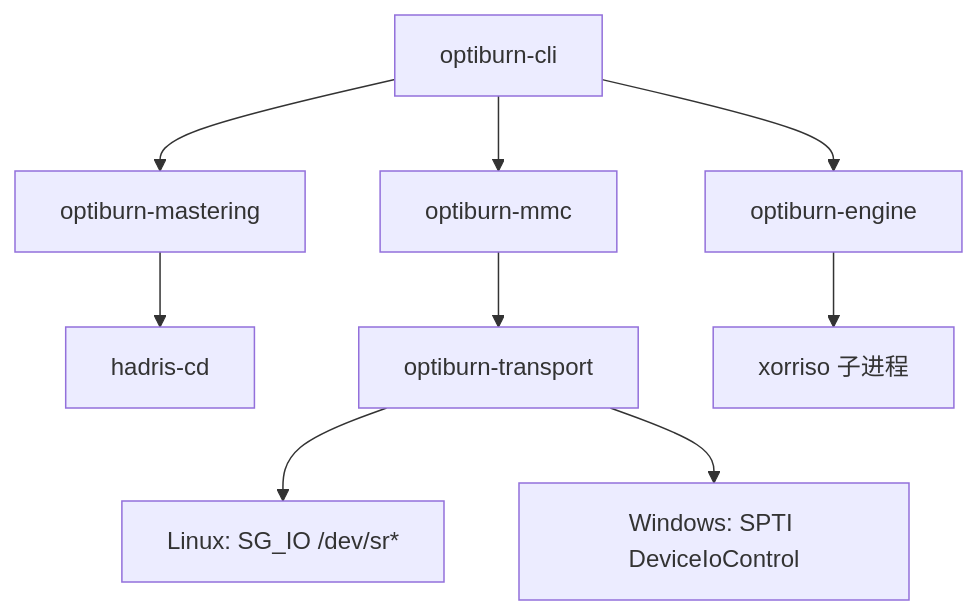
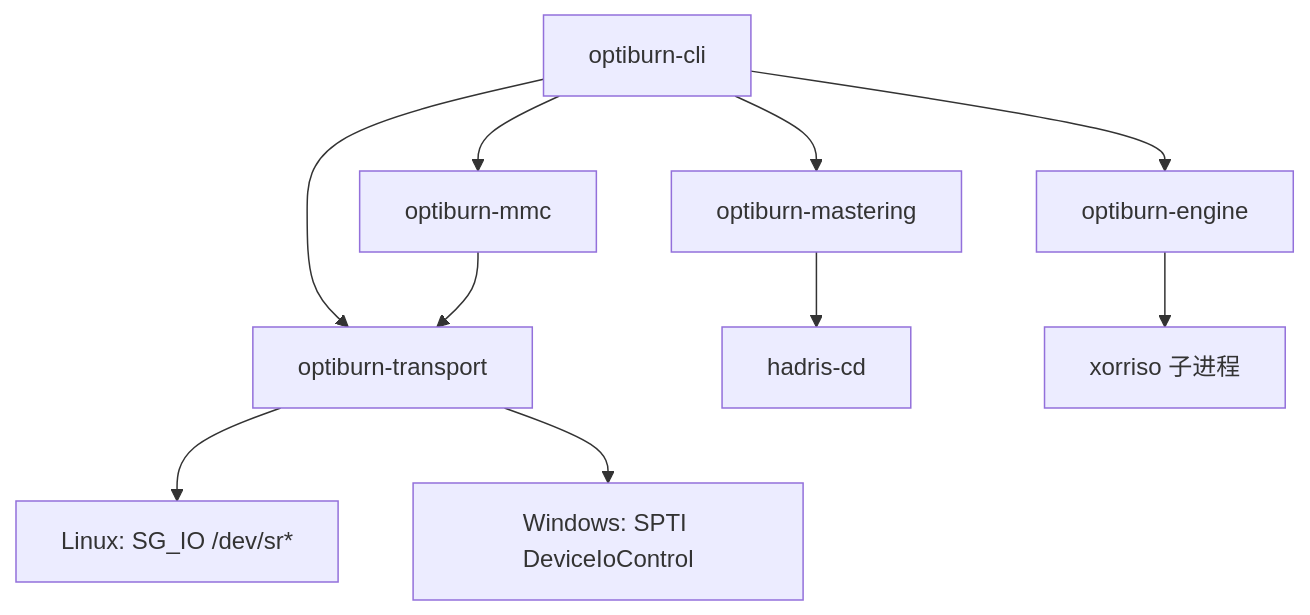
The diagram in docs/ARCHITECTURE.md (ouyangjiahong26/optiburn), drawn with Mermaid before and after one commit. The commit also changed other lines of this file and 24 other files, not shown here.

````diff
--- a/docs/ARCHITECTURE.md
+++ b/docs/ARCHITECTURE.md
@@ -9,11 +9,12 @@
 ```mermaid
 flowchart TD
     CLI[optiburn-cli] --> ENG[optiburn-engine]
     CLI --> MAS[optiburn-mastering]
     CLI --> MMC[optiburn-mmc]
+    CLI --> TR[optiburn-transport]
     MAS --> HADRIS[hadris-cd]
     MMC --> TR[optiburn-transport]
     ENG --> XORRISO[xorriso 子进程]
     TR --> SGIO[Linux: SG_IO /dev/sr*]
     TR --> SPTI[Windows: SPTI DeviceIoControl]
 ```
````
